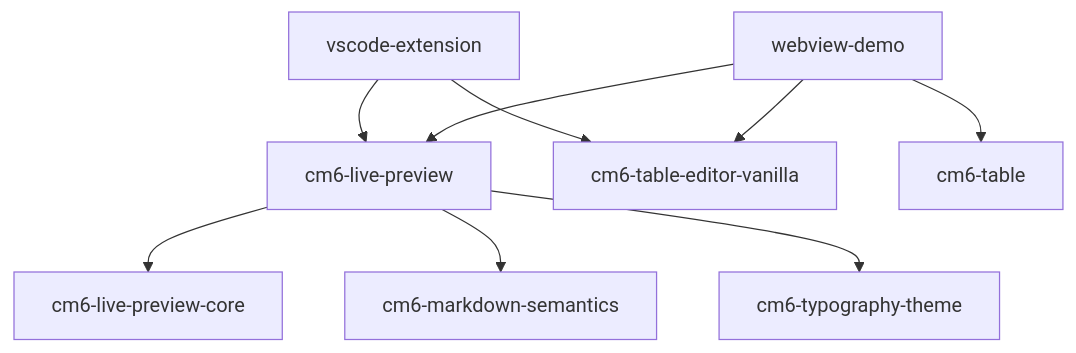
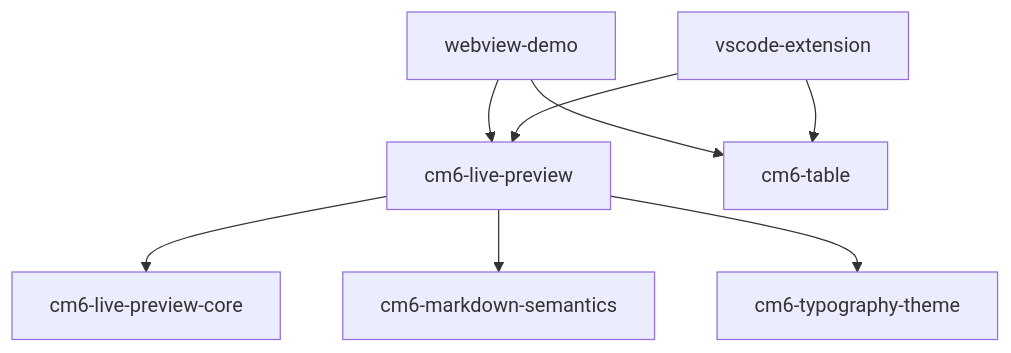
Before and after one commit to yuya296/MarkBloom: the diagram in docs/architecture/overview.md, drawn with Mermaid. The commit also changed other lines of this file and 37 other files, not shown here.

````diff
--- a/docs/architecture/overview.md
+++ b/docs/architecture/overview.md
@@ -18,13 +17,12 @@
 ```mermaid
 graph TD
   webview-demo --> cm6-live-preview
-  webview-demo --> cm6-table-editor-vanilla
   webview-demo --> cm6-table
 
   vscode-extension --> cm6-live-preview
-  vscode-extension --> cm6-table-editor-vanilla
+  vscode-extension --> cm6-table
 
   cm6-live-preview --> cm6-live-preview-core
   cm6-live-preview --> cm6-markdown-semantics
   cm6-live-preview --> cm6-typography-theme
 ```
````
